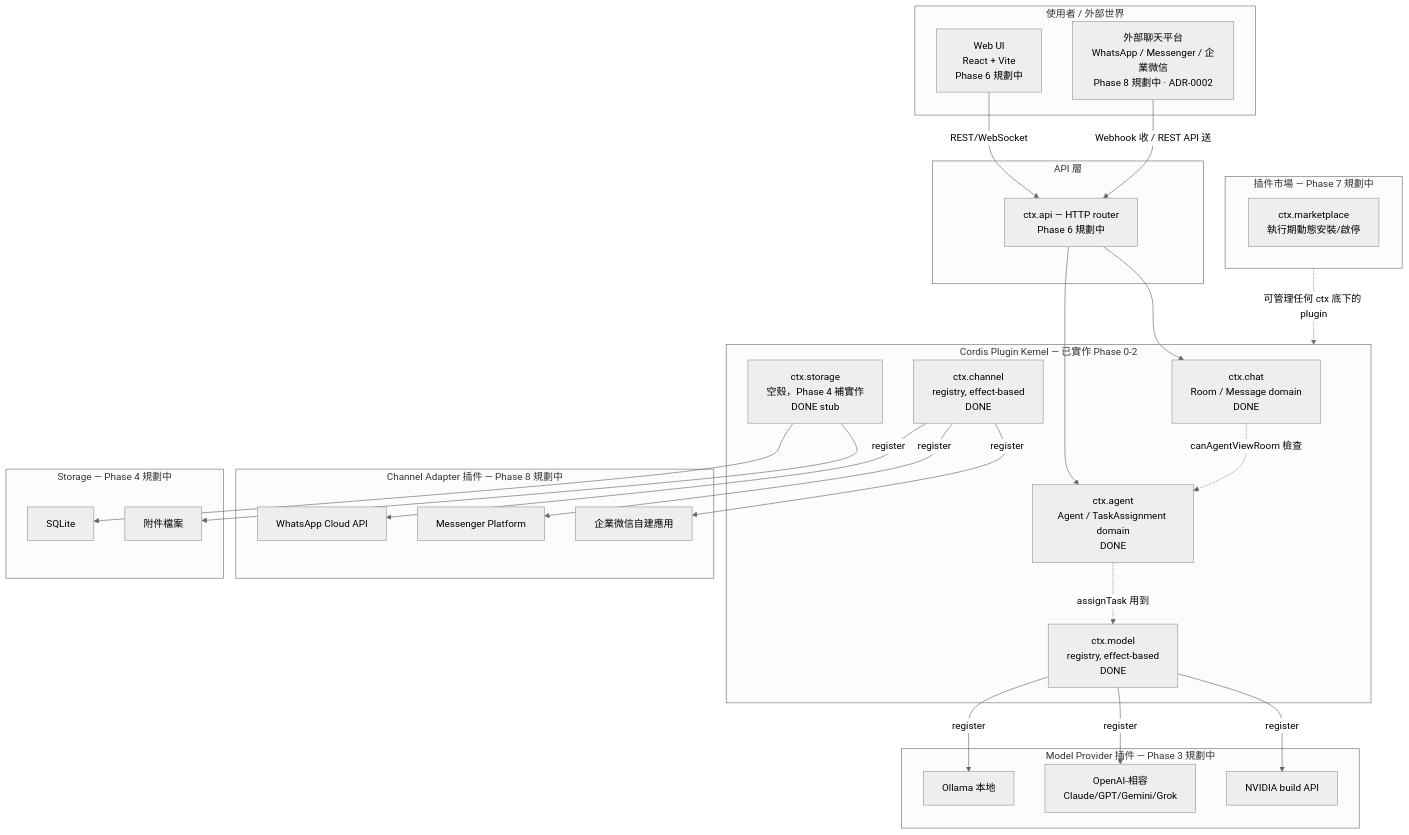
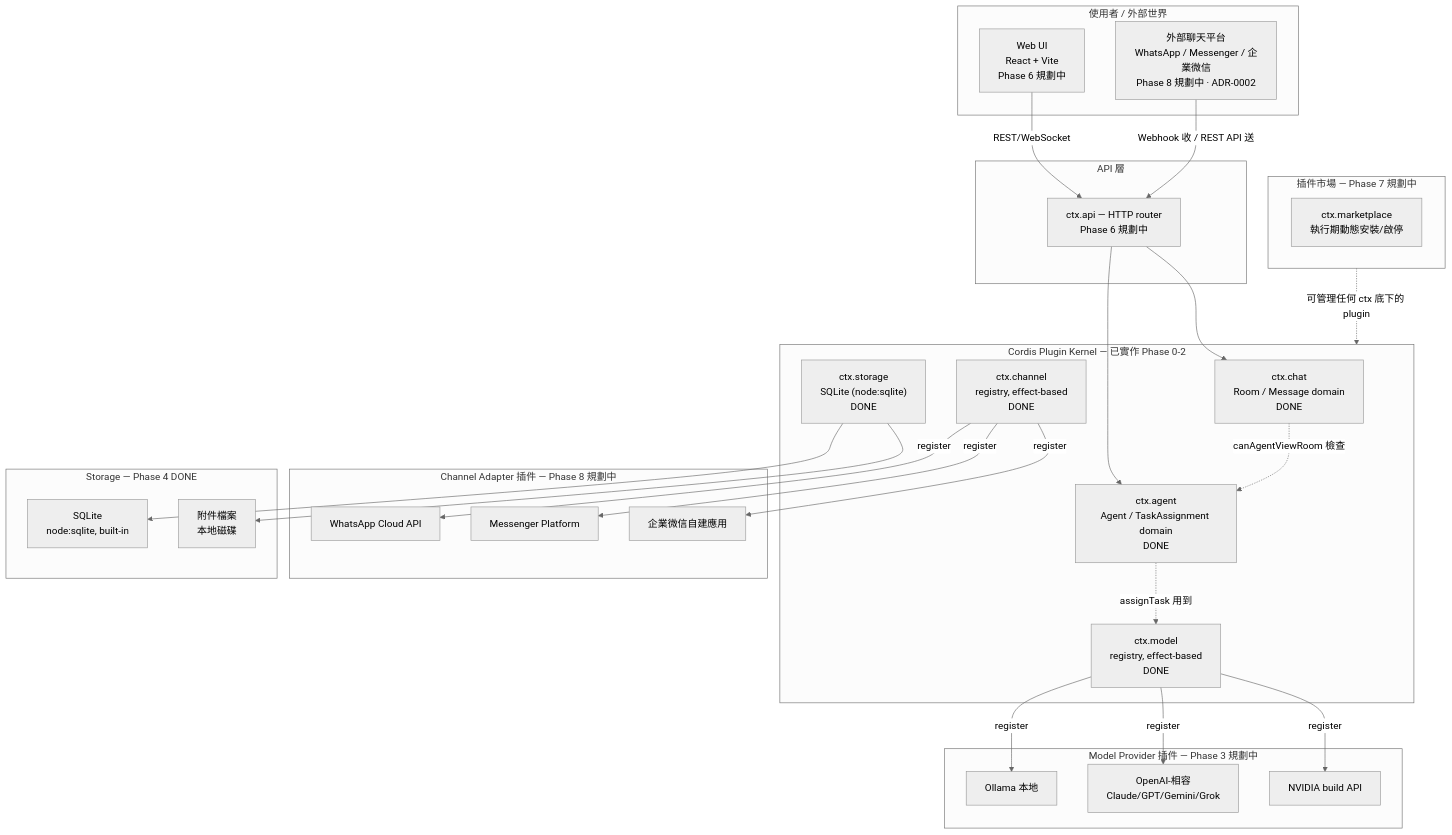
The diagram in docs/architecture/system-architecture.md (mangreen/ai-hub), drawn with Mermaid (neutral theme) before and after one commit. The commit also changed other lines of this file and 16 other files, not shown here.

First line of the commit message:
feat(storage): SQLite persistence via node:sqlite — Chat/Agent now durable

````diff
--- a/docs/architecture/system-architecture.md
+++ b/docs/architecture/system-architecture.md
@@ -8,61 +8,61 @@
 ```mermaid
 flowchart TD
     subgraph Clients["使用者 / 外部世界"]
         WebUI["Web UI<br/>React + Vite<br/>Phase 6 規劃中"]
         Channels["外部聊天平台<br/>WhatsApp / Messenger / 企業微信<br/>Phase 8 規劃中 · ADR-0002"]
     end
 
     subgraph APILayer["API 層"]
         ctxapi["ctx.api — HTTP router<br/>Phase 6 規劃中"]
     end
 
     subgraph Kernel["Cordis Plugin Kernel — 已實作 Phase 0-2"]
         chat["ctx.chat<br/>Room / Message domain<br/>DONE"]
         agent["ctx.agent<br/>Agent / TaskAssignment domain<br/>DONE"]
         model["ctx.model<br/>registry, effect-based<br/>DONE"]
-        storage["ctx.storage<br/>空殼，Phase 4 補實作<br/>DONE stub"]
+        storage["ctx.storage<br/>SQLite (node:sqlite)<br/>DONE"]
         channel["ctx.channel<br/>registry, effect-based<br/>DONE"]
     end
 
     subgraph ModelProviders["Model Provider 插件 — Phase 3 規劃中"]
         ollama["Ollama 本地"]
         openai["OpenAI-相容<br/>Claude/GPT/Gemini/Grok"]
         nvidia["NVIDIA build API"]
     end
 
     subgraph ChannelAdapters["Channel Adapter 插件 — Phase 8 規劃中"]
         whatsapp["WhatsApp Cloud API"]
         messenger["Messenger Platform"]
         wecom["企業微信自建應用"]
     end
 
-    subgraph StorageImpl["Storage — Phase 4 規劃中"]
-        sqlite["SQLite"]
-        attachments["附件檔案"]
+    subgraph StorageImpl["Storage — Phase 4 DONE"]
+        sqlite["SQLite<br/>node:sqlite, built-in"]
+        attachments["附件檔案<br/>本地磁碟"]
     end
 
     subgraph Marketplace["插件市場 — Phase 7 規劃中"]
         mp["ctx.marketplace<br/>執行期動態安裝/啟停"]
     end
 
     WebUI -->|"REST/WebSocket"| ctxapi
     Channels -->|"Webhook 收 / REST API 送"| ctxapi
     ctxapi --> chat
     ctxapi --> agent
 
     model -->|register| ollama
     model -->|register| openai
     model -->|register| nvidia
 
     channel -->|register| whatsapp
     channel -->|register| messenger
     channel -->|register| wecom
 
     storage --> sqlite
     storage --> attachments
 
     agent -.->|assignTask 用到| model
     chat -.->|canAgentViewRoom 檢查| agent
 
     Marketplace -.->|可管理任何 ctx 底下的 plugin| Kernel
 ```
````
